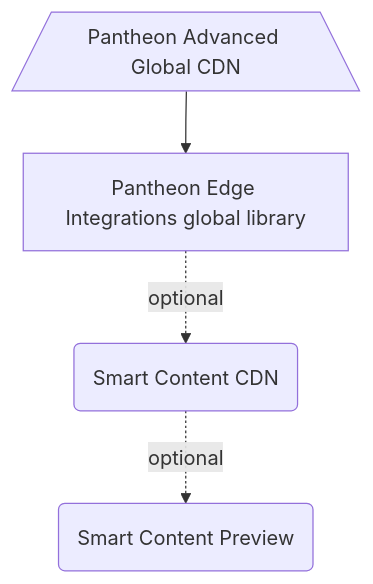
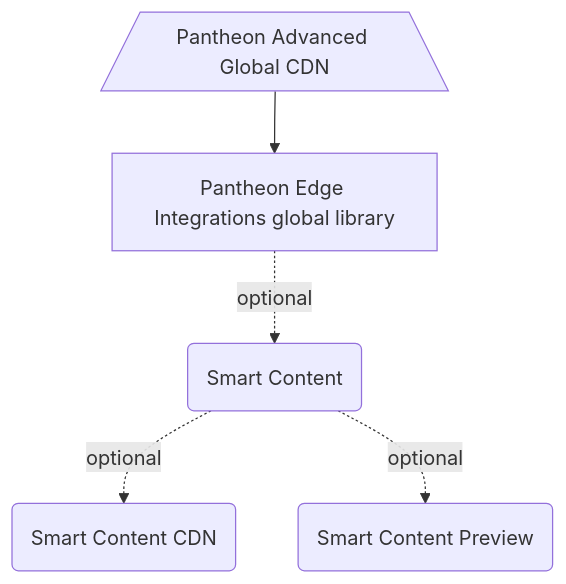
Before and after one commit to pantheon-systems/edge-integrations-drupal-sdk: the diagram in README.md, drawn with Mermaid.

Commit message:
Update mermaid diagram

````diff
--- a/README.md
+++ b/README.md
@@ -13,6 +13,7 @@
 ```mermaid
 flowchart TB
 agcdn[/Pantheon Advanced Global CDN\]-->ei[Pantheon Edge Integrations global library]
-ei-. optional .->smart_content_cdn(Smart Content CDN)
-smart_content_cdn-. optional .->smart_content_preview(Smart Content Preview)
+ei-. optional .->smart_content(Smart Content)
+smart_content-. optional .->smart_content_cdn(Smart Content CDN)
+smart_content-. optional .->smart_content_preview(Smart Content Preview)
 ```
````
